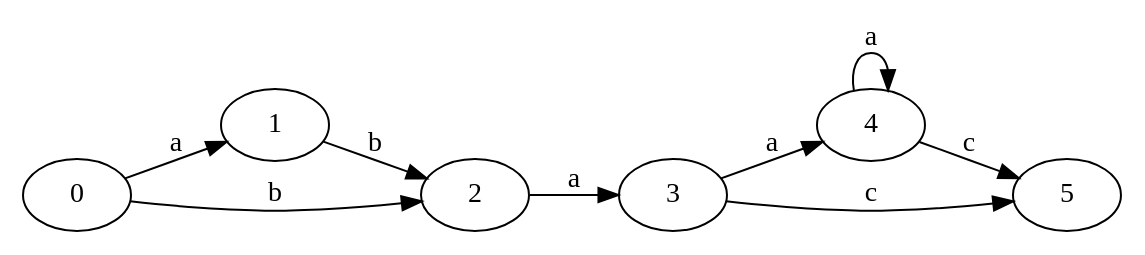
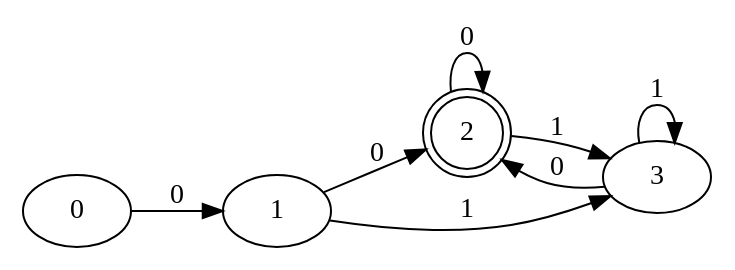
One commit to jua16073/lenguajes_proy1 changed the diagram in test-output/dfa_set.gv. Above: the diagram before and after it, drawn with Graphviz. The commit also changed 5 other files, not shown here.

```diff
--- a/test-output/dfa_set.gv
+++ b/test-output/dfa_set.gv
@@ -1,17 +1,14 @@
 digraph Automata {
 	rankdir=LR
 	0 [label=0]
-	0 -> 1 [label=a]
-	0 -> 2 [label=b]
+	0 -> 1 [label=0]
 	1 [label=1]
-	1 -> 2 [label=b]
-	2 [label=2]
-	2 -> 3 [label=a]
+	1 -> 2 [label=0]
+	1 -> 3 [label=1]
+	2 [label=2 shape=doublecircle]
+	2 -> 2 [label=0]
+	2 -> 3 [label=1]
 	3 [label=3]
-	3 -> 4 [label=a]
-	3 -> 5 [label=c]
-	4 [label=4]
-	4 -> 4 [label=a]
-	4 -> 5 [label=c]
-	5 [label=5]
+	3 -> 2 [label=0]
+	3 -> 3 [label=1]
 }
```
